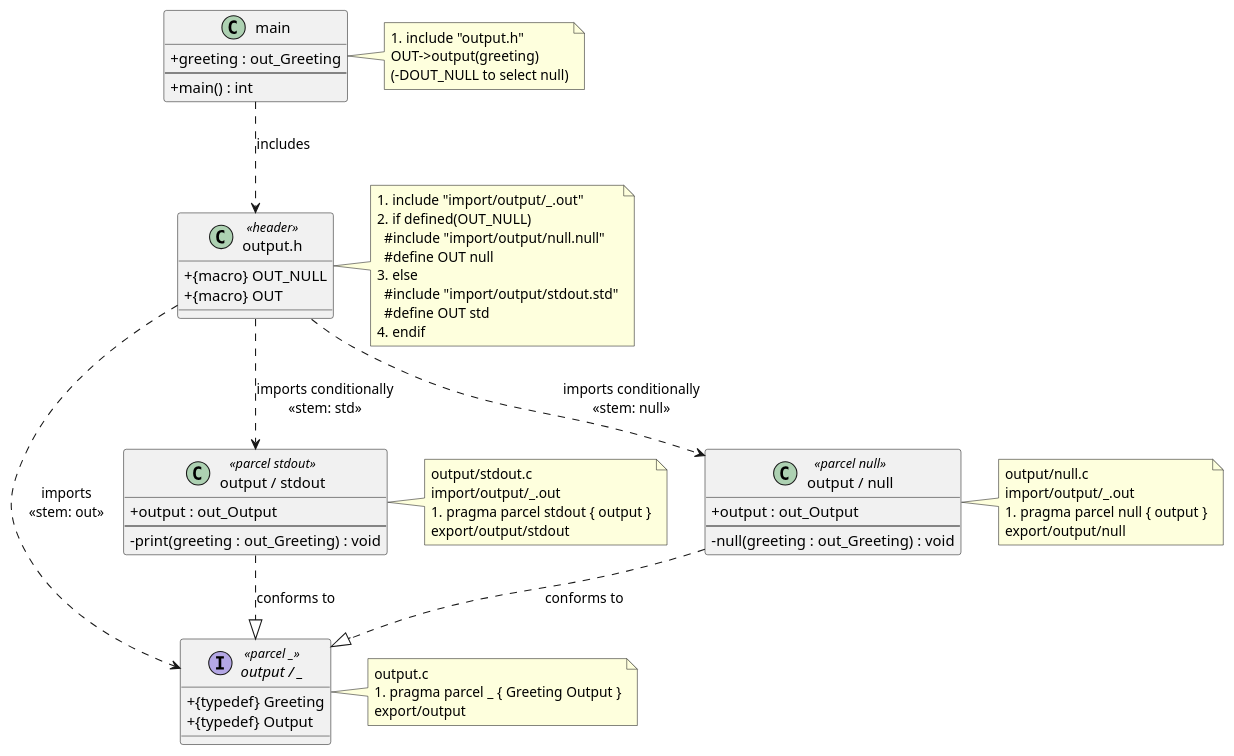
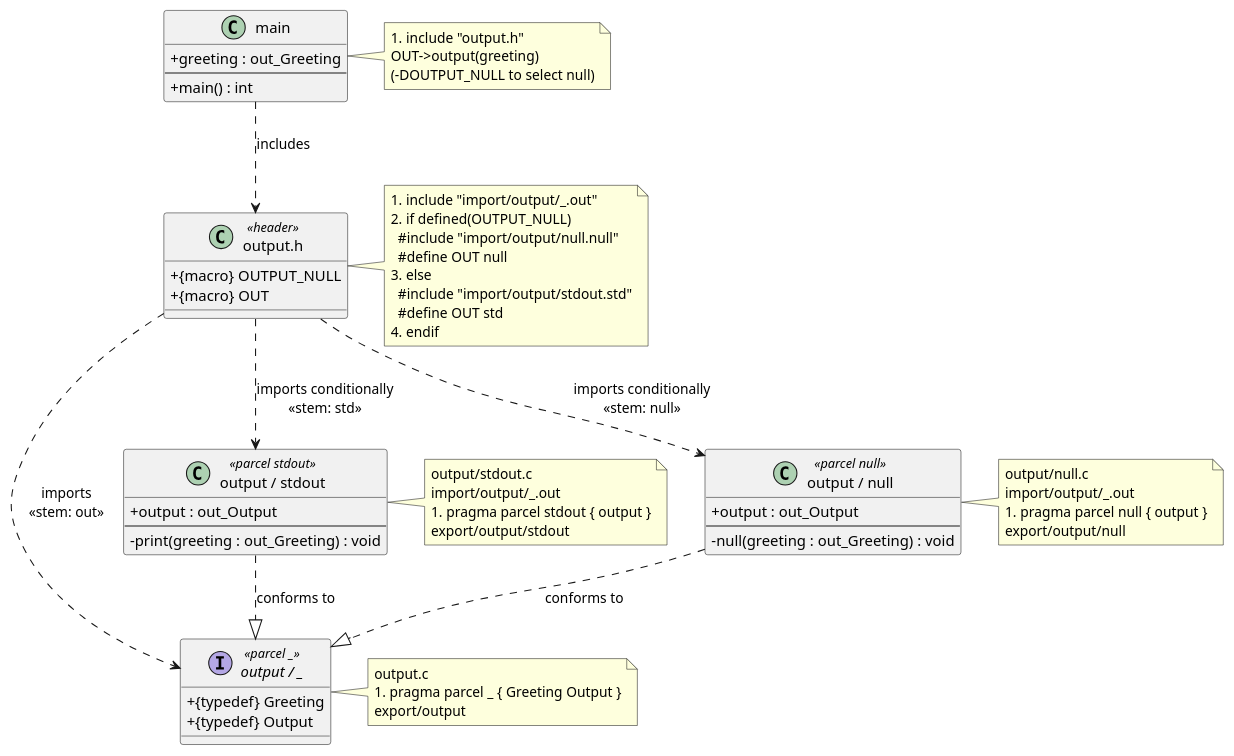
One commit to nbyoung/parcel changed the diagram in examples/hello_world/hello_world.puml. Above: the diagram before and after it, drawn with PlantUML. The commit also changed 4 other files, not shown here.

Commit message:
Rename OUT_NULL to OUTPUT_NULL reflecting the full parcel name

```diff
--- a/examples/hello_world/hello_world.puml
+++ b/examples/hello_world/hello_world.puml
@@ -1,80 +1,80 @@
 @startuml hello_world
 
 skinparam classAttributeIconSize 0
 
 ' ── Interface parcel ────────────────────────────────────────────────
 interface "output / _" as IOutput <<parcel _>> {
   + {typedef} Greeting
   + {typedef} Output
 }
 note right of IOutput
   output.c
   #pragma parcel _ { Greeting Output }
   export/output
 end note
 
 ' ── Implementation: stdout ──────────────────────────────────────────
 class "output / stdout" as Stdout <<parcel stdout>> {
   + output : out_Output
   --
   - print(greeting : out_Greeting) : void
 }
 note right of Stdout
   output/stdout.c
   import/output/_.out
   #pragma parcel stdout { output }
   export/output/stdout
 end note
 
 ' ── Implementation: null ────────────────────────────────────────────
 class "output / null" as Null <<parcel null>> {
   + output : out_Output
   --
   - null(greeting : out_Greeting) : void
 }
 note right of Null
   output/null.c
   import/output/_.out
   #pragma parcel null { output }
   export/output/null
 end note
 
 ' ── Selector header ─────────────────────────────────────────────────
 class "output.h" as Header <<header>> {
-  + {macro} OUT_NULL
+  + {macro} OUTPUT_NULL
   + {macro} OUT
 }
 note right of Header
   #include "import/output/_.out"
-  #if defined(OUT_NULL)
+  #if defined(OUTPUT_NULL)
     #include "import/output/null.null"
     #define OUT null
   #else
     #include "import/output/stdout.std"
     #define OUT std
   #endif
 end note
 
 ' ── Consumer ────────────────────────────────────────────────────────
 class "main" as Main {
   + greeting : out_Greeting
   --
   + main() : int
 }
 note right of Main
   #include "output.h"
   OUT->output(greeting)
-  (-DOUT_NULL to select null)
+  (-DOUTPUT_NULL to select null)
 end note
 
 ' ── Relationships ───────────────────────────────────────────────────
 Stdout ..|> IOutput : conforms to
 Null   ..|> IOutput : conforms to
 
 Header ..> IOutput : imports\n«stem: out»
 Header ..> Stdout  : imports conditionally\n«stem: std»
 Header ..> Null    : imports conditionally\n«stem: null»
 
 Main ..> Header : includes
 
 @enduml
```
